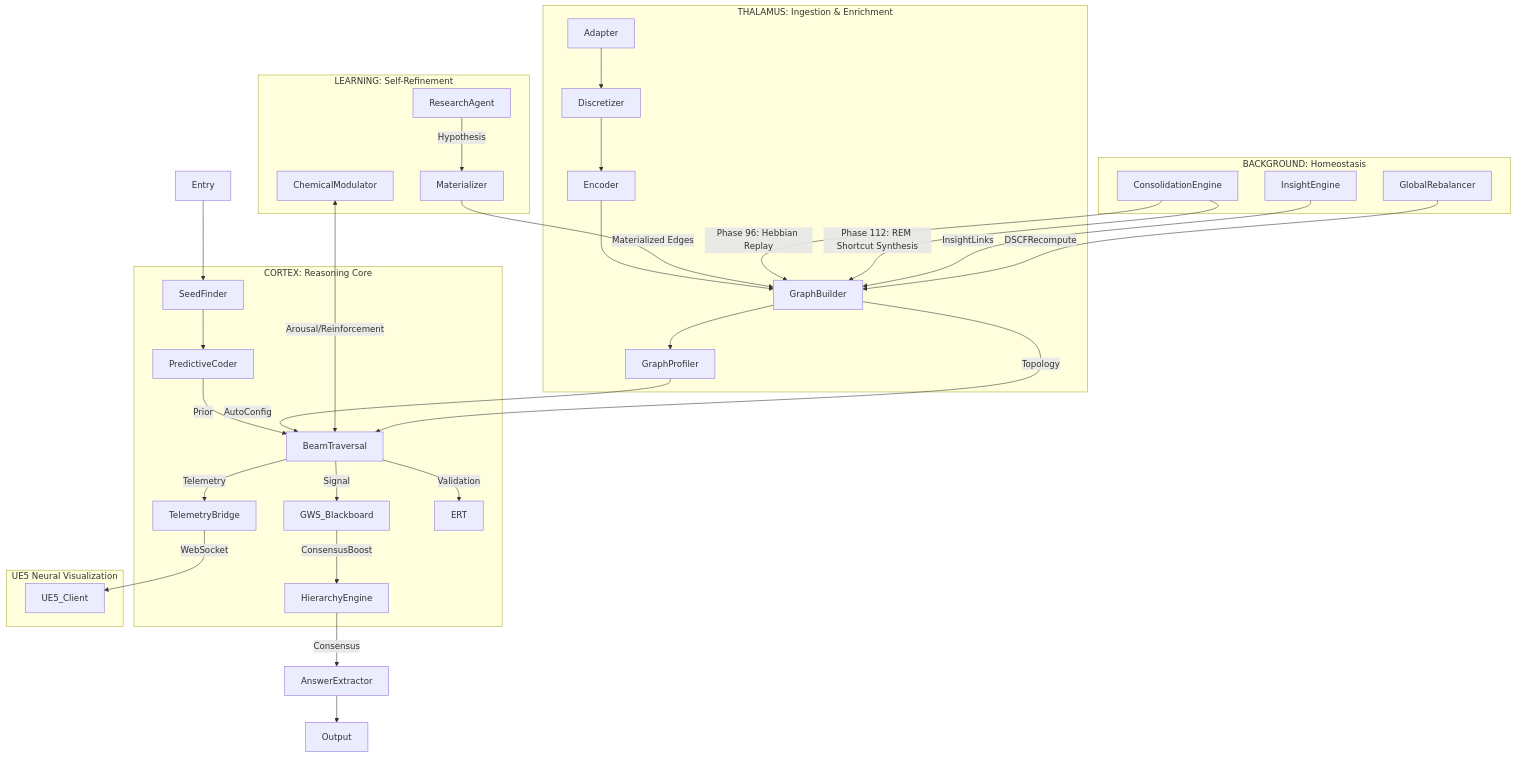
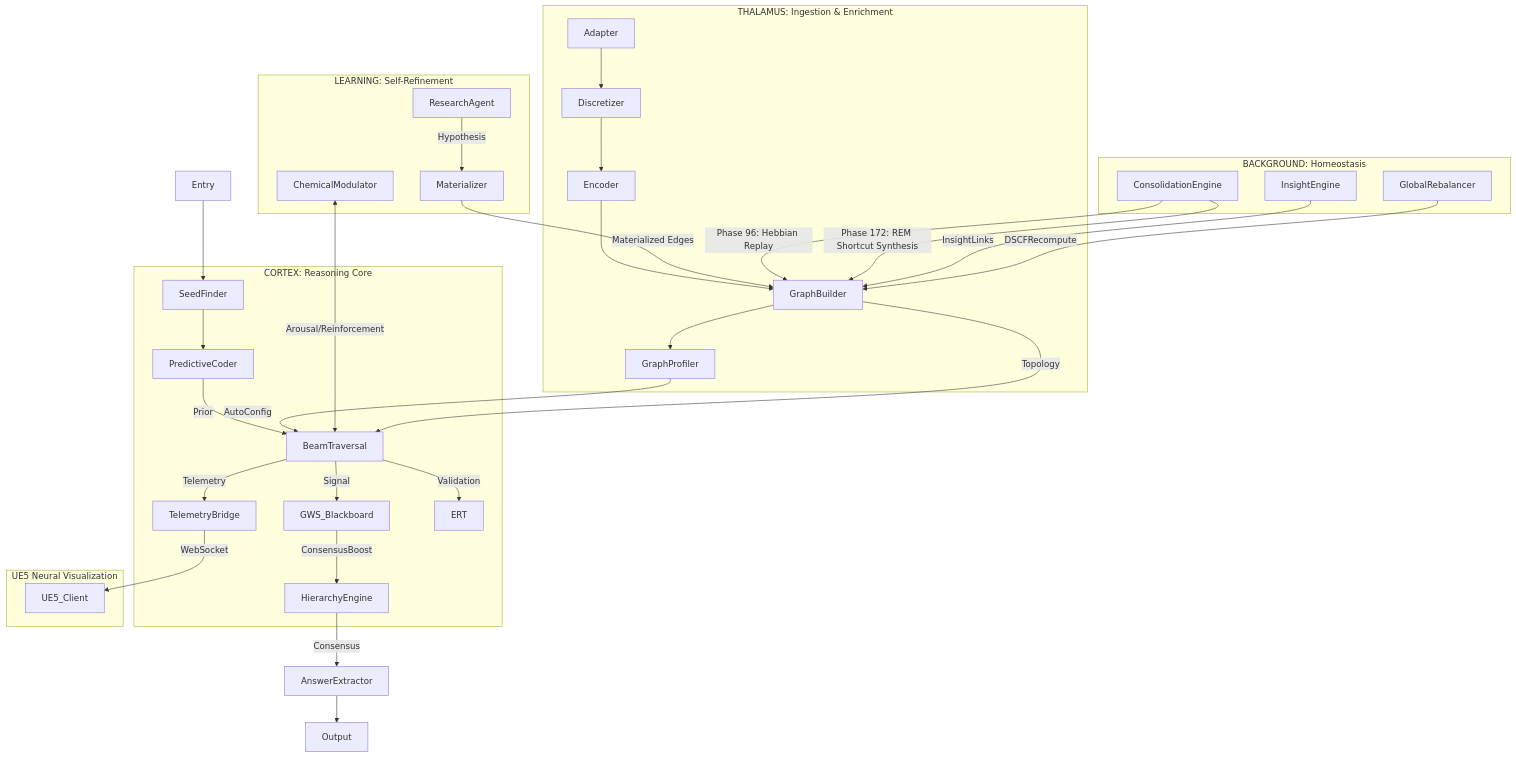
The diagram in docs/ARCHITECTURE.md (BrutalByte/CEREBRUM), drawn with Mermaid before and after one commit. The commit also changed other lines of this file and 227 other files, not shown here.

````diff
--- a/docs/ARCHITECTURE.md
+++ b/docs/ARCHITECTURE.md
@@ -7,43 +7,43 @@
 ```mermaid
 graph TD
     %% Entry Points
     Entry --> SeedFinder
     
     subgraph THALAMUS [THALAMUS: Ingestion & Enrichment]
         Adapter --> Discretizer
         Discretizer --> Encoder
         Encoder --> GraphBuilder
         GraphBuilder --> GraphProfiler
     end
     
     subgraph CORTEX [CORTEX: Reasoning Core]
         SeedFinder --> PredictiveCoder
         PredictiveCoder -->|Prior| BeamTraversal
         BeamTraversal -->|Signal| GWS_Blackboard
         GWS_Blackboard -->|ConsensusBoost| HierarchyEngine
         BeamTraversal -->|Telemetry| TelemetryBridge
         BeamTraversal -->|Validation| ERT
         GraphProfiler -->|AutoConfig| BeamTraversal
     end
     
     subgraph LEARNING [LEARNING: Self-Refinement]
         ChemicalModulator <-->|Arousal/Reinforcement| BeamTraversal
         ResearchAgent -->|Hypothesis| Materializer
         Materializer -->|Materialized Edges| GraphBuilder
     end
     
     subgraph BACKGROUND [BACKGROUND: Homeostasis]
         ConsolidationEngine -->|Phase 96: Hebbian Replay| GraphBuilder
-        ConsolidationEngine -->|Phase 112: REM Shortcut Synthesis| GraphBuilder
+        ConsolidationEngine -->|Phase 172: REM Shortcut Synthesis| GraphBuilder
         InsightEngine -->|InsightLinks| GraphBuilder
         GlobalRebalancer -->|DSCFRecompute| GraphBuilder
     end
     
     subgraph VISUAL [UE5 Neural Visualization]
         TelemetryBridge -->|WebSocket| UE5_Client
     end
     
     GraphBuilder -->|Topology| BeamTraversal
     HierarchyEngine -->|Consensus| AnswerExtractor
     AnswerExtractor --> Output
 ```
````
